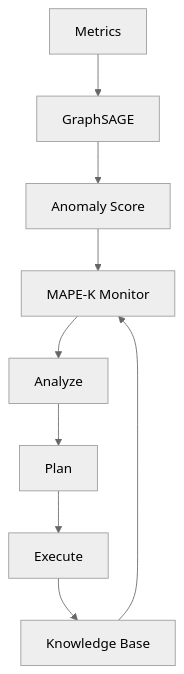
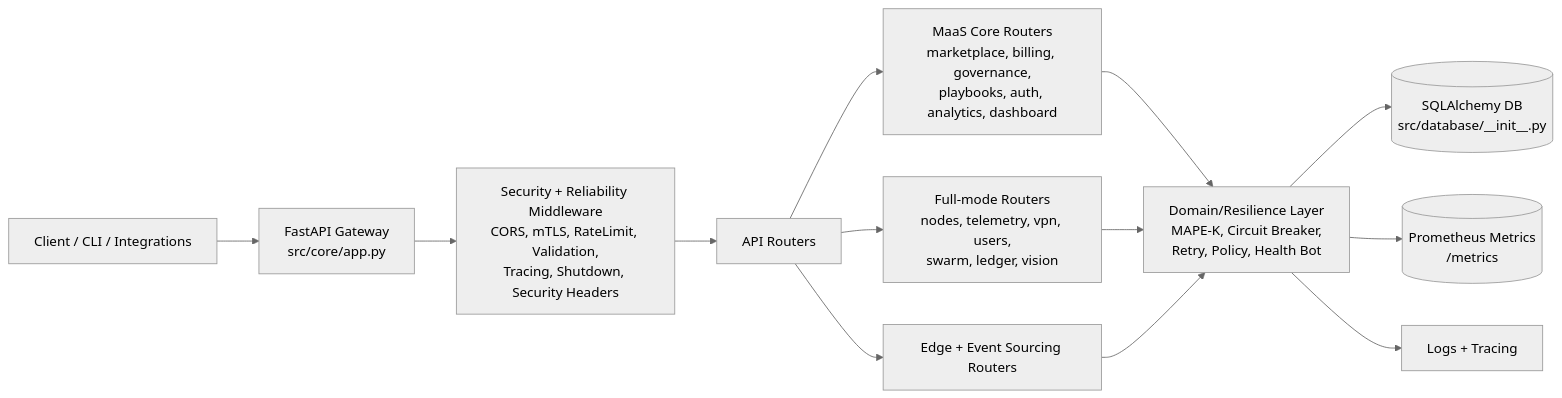
One commit to x0tta6bl4-ai/x0tta6bl4 changed the first of 3 diagrams in docs/01-architecture/ARCHITECTURE_DIAGRAMS.md. Above: the diagram before and after it, drawn with Mermaid (neutral theme). The commit also changed other lines of this file and 747 other files, not shown here.

````diff
--- a/docs/01-architecture/ARCHITECTURE_DIAGRAMS.md
+++ b/docs/01-architecture/ARCHITECTURE_DIAGRAMS.md
@@ -194,11 +21,18 @@
 ```mermaid
-graph TB
-    A[Metrics] --> B[GraphSAGE]
-    B --> C[Anomaly Score]
-    C --> D[MAPE-K Monitor]
-    D --> E[Analyze]
-    E --> F[Plan]
-    F --> G[Execute]
-    G --> H[Knowledge Base]
-    H --> D
+flowchart LR
+    A[Client / CLI / Integrations] --> B[FastAPI Gateway\nsrc/core/app.py]
+    B --> C[Security + Reliability Middleware\nCORS, mTLS, RateLimit, Validation,\nTracing, Shutdown, Security Headers]
+    C --> D[API Routers]
+
+    D --> D1[MaaS Core Routers\nmarketplace, billing, governance,\nplaybooks, auth, analytics, dashboard]
+    D --> D2[Full-mode Routers\nnodes, telemetry, vpn, users,\nswarm, ledger, vision]
+    D --> D3[Edge + Event Sourcing Routers]
+
+    D1 --> E[Domain/Resilience Layer\nMAPE-K, Circuit Breaker,\nRetry, Policy, Health Bot]
+    D2 --> E
+    D3 --> E
+
+    E --> F[(SQLAlchemy DB\nsrc/database/__init__.py)]
+    E --> G[(Prometheus Metrics\n/metrics)]
+    E --> H[Logs + Tracing]
 ```
````
